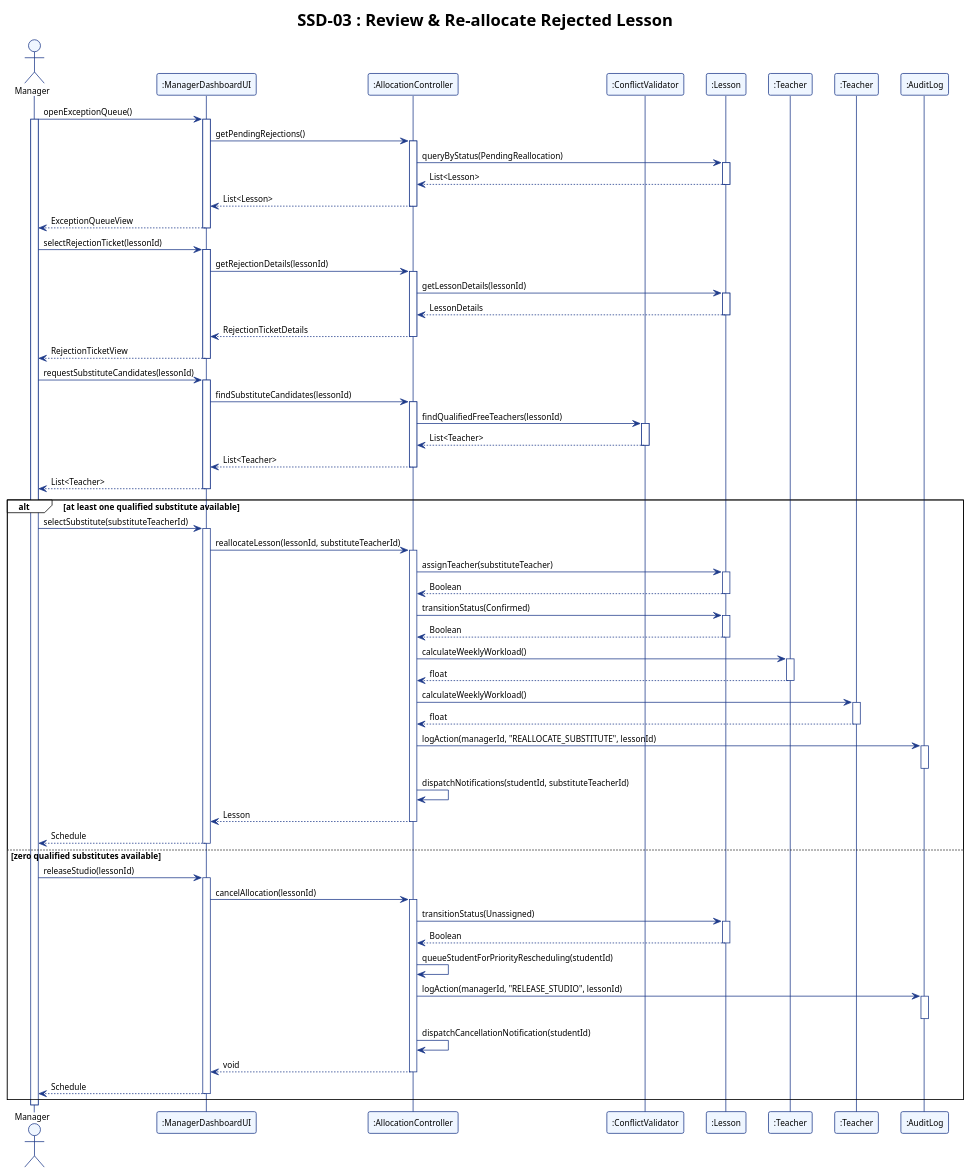
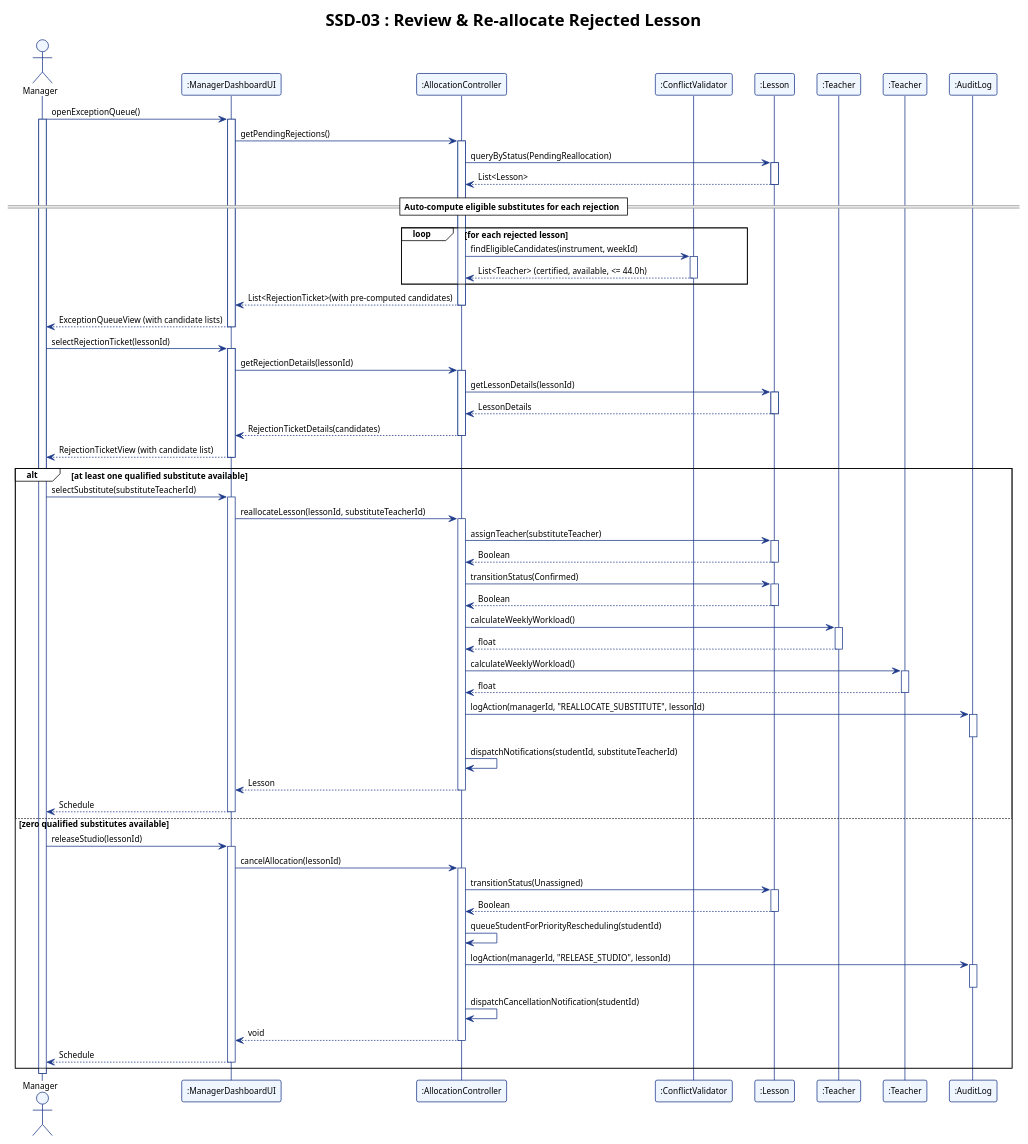
Before and after one commit to adoreblvnk/2001temp: the diagram in report/assets/ssd_03.puml, drawn with PlantUML. The commit also changed 5 other files, not shown here.

First line of the commit message:
fix(uc-03,uc-06): auto-compute eligible substitutes upfront in exception queue display

```diff
--- a/report/assets/ssd_03.puml
+++ b/report/assets/ssd_03.puml
@@ -1,117 +1,114 @@
 @startuml ssd_03
 !theme plain
 skinparam shadowing false
 skinparam defaultFontName "Helvetica", "Arial", sans-serif
 skinparam defaultFontSize 11
 skinparam sequence {
     ParticipantBorderColor #1E3A8A
     ParticipantBackgroundColor #EFF6FF
     LifeLineBorderColor #1E3A8A
     LifeLineBackgroundColor #FFFFFF
     ArrowColor #1E3A8A
     ActorBorderColor #1E3A8A
     ActorBackgroundColor #EFF6FF
 }
 
 title SSD-03 : Review & Re-allocate Rejected Lesson
 
 actor Manager
 participant ":ManagerDashboardUI" as UI
 participant ":AllocationController" as AC
 participant ":ConflictValidator" as CV
 participant ":Lesson" as L
 participant ":Teacher" as T_Orig
 participant ":Teacher" as T_Sub
 participant ":AuditLog" as AL
 
 Manager -> UI : openExceptionQueue()
 activate Manager
 activate UI
 UI -> AC : getPendingRejections()
 activate AC
 AC -> L : queryByStatus(PendingReallocation)
 activate L
 L --> AC : List<Lesson>
 deactivate L
-AC --> UI : List<Lesson>
+
+== Auto-compute eligible substitutes for each rejection ==
+
+loop for each rejected lesson
+    AC -> CV : findEligibleCandidates(instrument, weekId)
+    activate CV
+    CV --> AC : List<Teacher> (certified, available, <= 44.0h)
+    deactivate CV
+end
+
+AC --> UI : List<RejectionTicket>(with pre-computed candidates)
 deactivate AC
-UI --> Manager : ExceptionQueueView
+UI --> Manager : ExceptionQueueView (with candidate lists)
 deactivate UI
 
 Manager -> UI : selectRejectionTicket(lessonId)
 activate UI
 UI -> AC : getRejectionDetails(lessonId)
 activate AC
 AC -> L : getLessonDetails(lessonId)
 activate L
 L --> AC : LessonDetails
 deactivate L
-AC --> UI : RejectionTicketDetails
+AC --> UI : RejectionTicketDetails(candidates)
 deactivate AC
-UI --> Manager : RejectionTicketView
-deactivate UI
-
-Manager -> UI : requestSubstituteCandidates(lessonId)
-activate UI
-UI -> AC : findSubstituteCandidates(lessonId)
-activate AC
-AC -> CV : findQualifiedFreeTeachers(lessonId)
-activate CV
-CV --> AC : List<Teacher>
-deactivate CV
-AC --> UI : List<Teacher>
-deactivate AC
-UI --> Manager : List<Teacher>
+UI --> Manager : RejectionTicketView (with candidate list)
 deactivate UI
 
 alt at least one qualified substitute available
     Manager -> UI : selectSubstitute(substituteTeacherId)
     activate UI
     UI -> AC : reallocateLesson(lessonId, substituteTeacherId)
     activate AC
     AC -> L : assignTeacher(substituteTeacher)
     activate L
     L --> AC : Boolean
     deactivate L
     AC -> L : transitionStatus(Confirmed)
     activate L
     L --> AC : Boolean
     deactivate L
     AC -> T_Orig : calculateWeeklyWorkload()
     activate T_Orig
     T_Orig --> AC : float
     deactivate T_Orig
     AC -> T_Sub : calculateWeeklyWorkload()
     activate T_Sub
     T_Sub --> AC : float
     deactivate T_Sub
     AC -> AL : logAction(managerId, "REALLOCATE_SUBSTITUTE", lessonId)
     activate AL
     deactivate AL
     AC -> AC : dispatchNotifications(studentId, substituteTeacherId)
     AC --> UI : Lesson
     deactivate AC
     UI --> Manager : Schedule
     deactivate UI
 else zero qualified substitutes available
     Manager -> UI : releaseStudio(lessonId)
     activate UI
     UI -> AC : cancelAllocation(lessonId)
     activate AC
     AC -> L : transitionStatus(Unassigned)
     activate L
     L --> AC : Boolean
     deactivate L
     AC -> AC : queueStudentForPriorityRescheduling(studentId)
     AC -> AL : logAction(managerId, "RELEASE_STUDIO", lessonId)
     activate AL
     deactivate AL
     AC -> AC : dispatchCancellationNotification(studentId)
     AC --> UI : void
     deactivate AC
     UI --> Manager : Schedule
     deactivate UI
 end
 
 deactivate Manager
 @enduml
```
